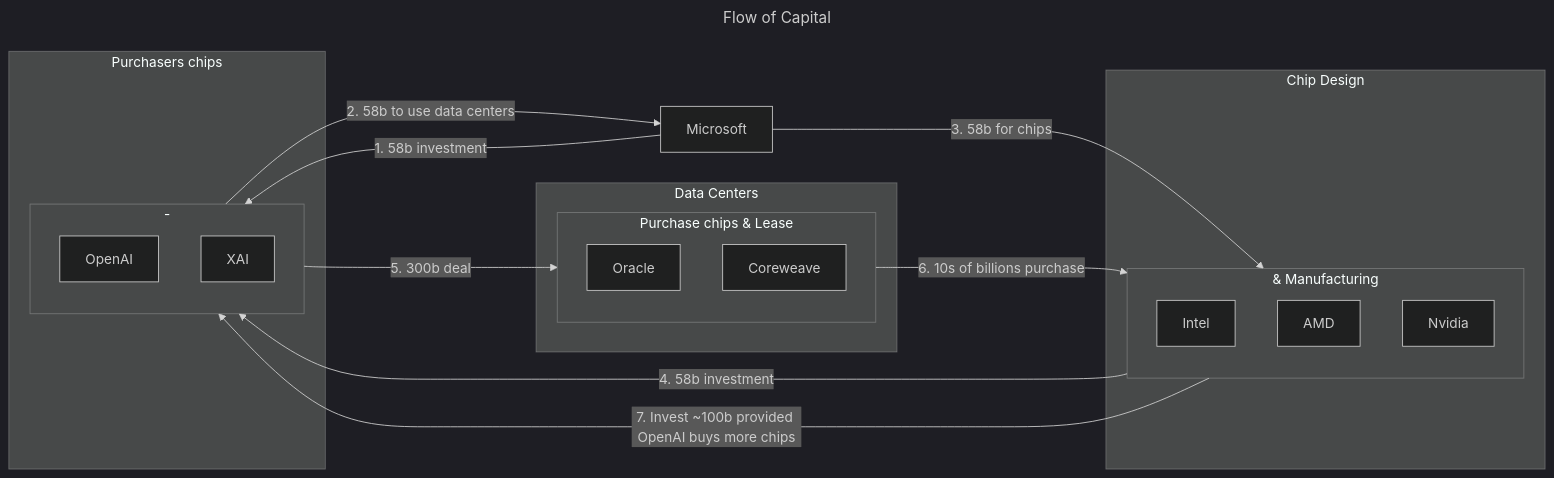
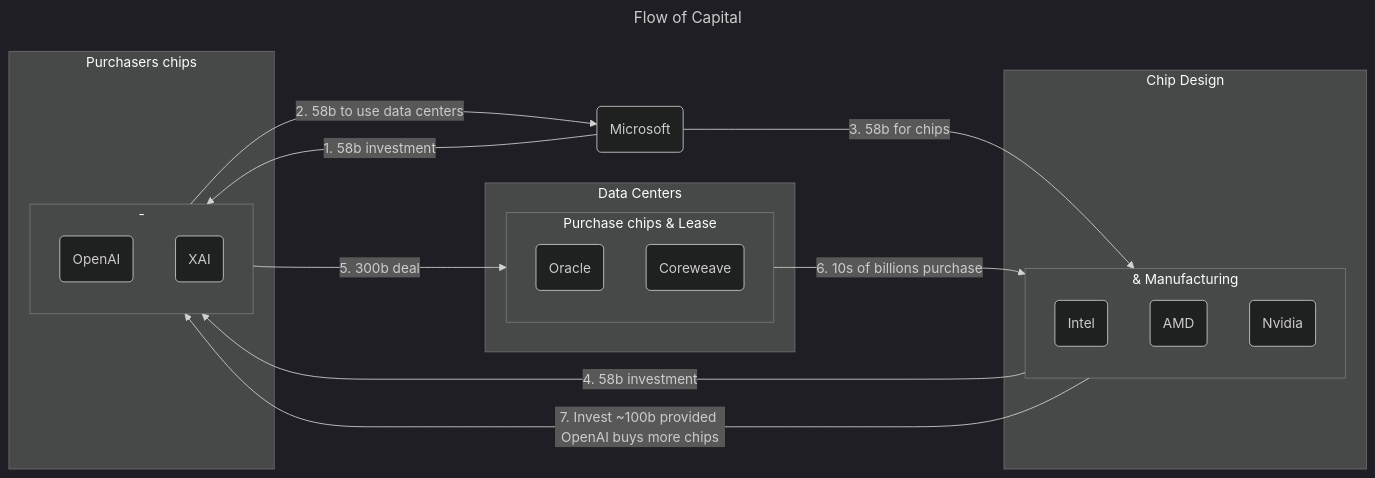
One commit to Yoshidaishima/docs-basics changed the third of 3 diagrams in ai.md. Above: the diagram before and after it, drawn with Mermaid (dark theme). The commit also changed other lines of this file, not shown here.

````diff
--- a/ai.md
+++ b/ai.md
@@ -23,52 +23,52 @@
 ``` mermaid
 ---
 title: Flow of Capital
 ---
 flowchart LR
 
-  i[Intel]
-  a[AMD]
-  n[Nvidia]
-  or[Oracle]
-  oa[OpenAI]
-  x[XAI]
-  m[Microsoft]
-  c[Coreweave]
+  i(Intel)
+  a(AMD)
+  n(Nvidia)
+  or(Oracle)
+  oa(OpenAI)
+  x(XAI)
+  m(Microsoft)
+  c(Coreweave)
 
 
   subgraph Data Centers
     subgraph Purchase chips & Lease
       direction TB
       or
       c
     end
   end
 
   subgraph Chip Design
     subgraph & Manufacturing
       direction TB
       i
       a
       n
     end
   end
 
   subgraph Purchasers chips
     subgraph -
       direction TB
       oa
       x
     end
   end
 
   m --1. 58b investment--> oa
   oa --2. 58b to use data centers --> m
   m --3. 58b for chips--> n
   n --4. 58b investment--> oa
 
   oa --5. 300b deal--> or
   or --6. 10s of billions purchase--> n
   n --7. Invest ~100b provided OpenAI buys more chips--> oa
   
 
 ```
````
